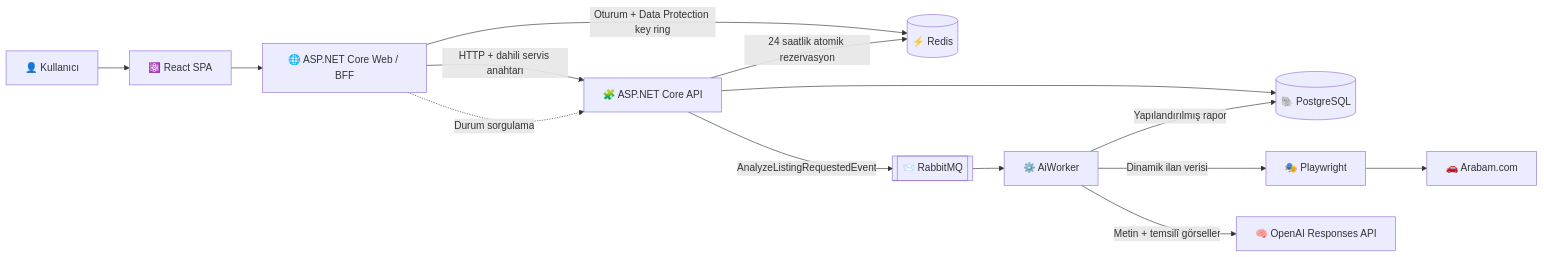
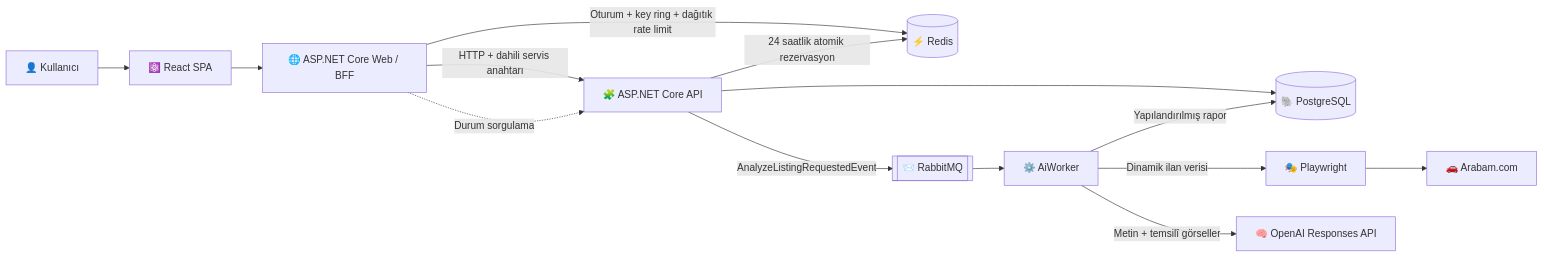
One commit to okannakinns/carlens-ai changed the diagram in README.md. Above: the diagram before and after it, drawn with Mermaid. The commit also changed other lines of this file and 12 other files, not shown here.

Commit message:
Move analysis rate limits to Redis

````diff
--- a/README.md
+++ b/README.md
@@ -87,19 +87,19 @@
 ```mermaid
 flowchart LR
     U["👤 Kullanıcı"] --> SPA["⚛️ React SPA"]
     SPA --> BFF["🌐 ASP.NET Core Web / BFF"]
     BFF -->|"HTTP + dahili servis anahtarı"| API["🧩 ASP.NET Core API"]
-    BFF -->|"Oturum + Data Protection key ring"| REDIS[("⚡ Redis")]
+    BFF -->|"Oturum + key ring + dağıtık rate limit"| REDIS[("⚡ Redis")]
 
     API --> DB[("🐘 PostgreSQL")]
     API -->|"24 saatlik atomik rezervasyon"| REDIS[("⚡ Redis")]
     API -->|"AnalyzeListingRequestedEvent"| MQ[["📨 RabbitMQ"]]
 
     MQ --> WORKER["⚙️ AiWorker"]
     WORKER -->|"Dinamik ilan verisi"| BROWSER["🎭 Playwright"]
     BROWSER --> SOURCE["🚗 Arabam.com"]
     WORKER -->|"Metin + temsilî görseller"| OPENAI["🧠 OpenAI Responses API"]
     WORKER -->|"Yapılandırılmış rapor"| DB
 
     BFF -. "Durum sorgulama" .-> API
 ```
````
